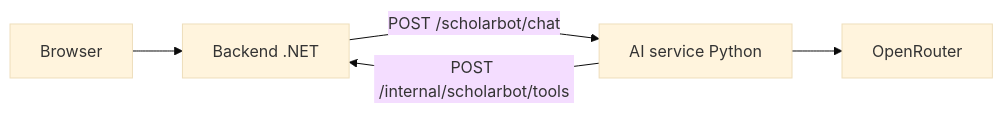
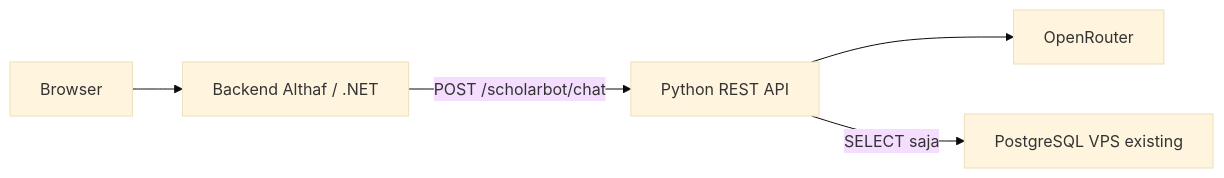
Before and after one commit to Althaf671/BeasiswaIn-Hackaton-2026: the diagram in README.md, drawn with Mermaid (base theme). The commit also changed other lines of this file and 29 other files, not shown here.

Commit message:
feat: expose standalone ScholarBot REST API with read-only PostgreSQL tools

````diff
--- a/README.md
+++ b/README.md
@@ -32,7 +32,7 @@
 ```mermaid
 flowchart LR
-    Browser --> NET[Backend .NET]
-    NET -->|POST /scholarbot/chat| Python[AI service Python]
+    Browser --> Backend[Backend Althaf / .NET]
+    Backend -->|POST /scholarbot/chat| Python[Python REST API]
     Python --> OpenRouter
-    Python -->|POST /internal/scholarbot/tools| NET
+    Python -->|SELECT saja| DB[PostgreSQL VPS existing]
 ```
````
